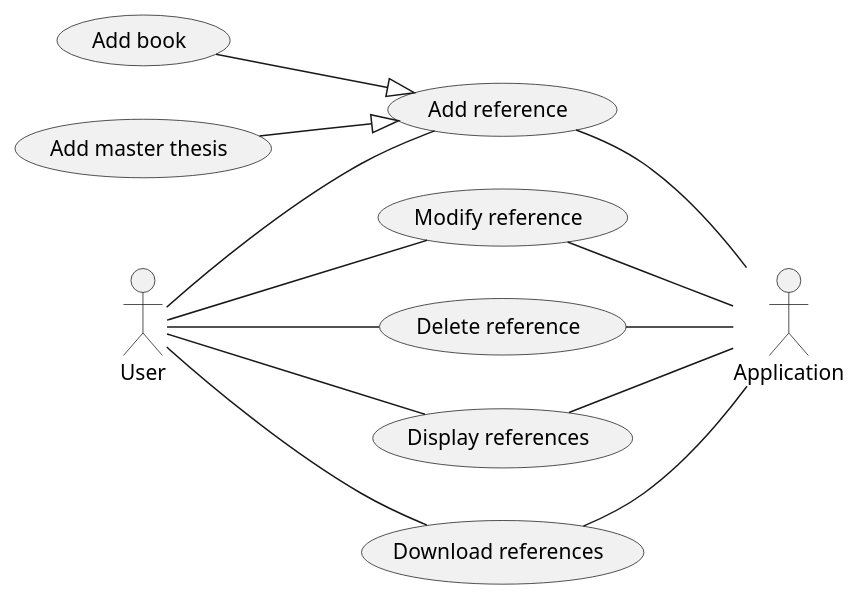
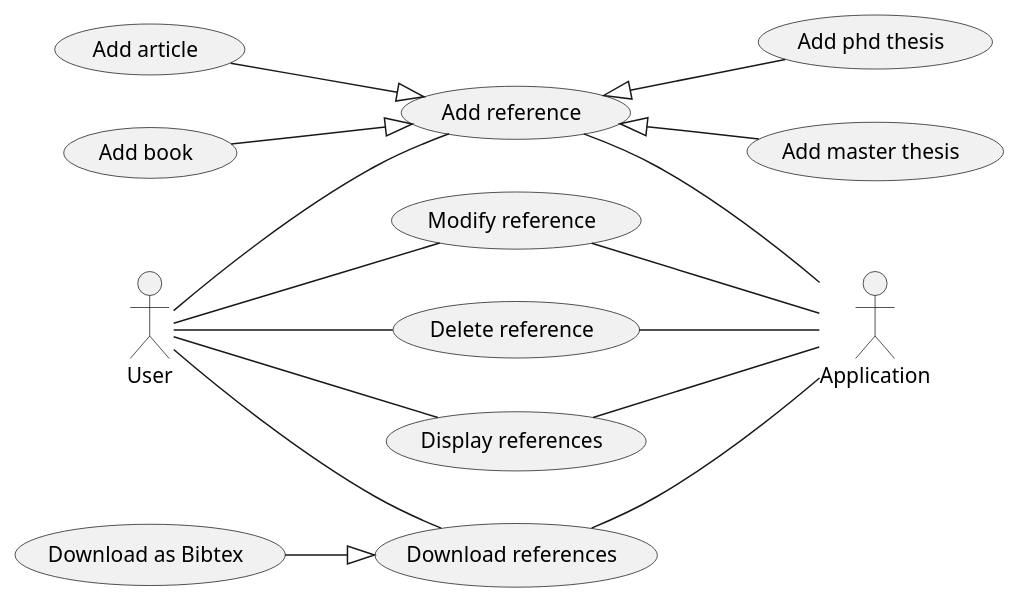
The diagram in doc/use_case.puml (thefakejj/miniprojekti), drawn with PlantUML before and after one commit. The commit also changed 1 other file, not shown here.

Commit message:
Updated UML diagrams

```diff
--- a/doc/use_case.puml
+++ b/doc/use_case.puml
@@ -1,31 +1,37 @@
 @startuml
 left to right direction
 
 actor "User" as user
 actor "Application" as app
  
 usecase "Add reference" as addRef
+usecase "Add article" as addArticle
 usecase "Add book" as addBook
-usecase "Add master thesis" as addMaster
+usecase "Add phd thesis" as addPhd
+usecase "Add master thesis" as addMaster 
 usecase "Modify reference" as modifyRef
 usecase "Delete reference" as deleteRef
 usecase "Display references" as displayRef
 usecase "Download references" as downloadRef
+usecase "Download as Bibtex" as downloadBibtex
 
 user -- addRef
+addArticle --|> addRef
 addBook --|> addRef
-addMaster --|> addRef
+addRef <|-- addPhd
+addRef <|-- addMaster
 addRef -- app
 
 user -- modifyRef
 modifyRef -- app
 
 user -- deleteRef
 deleteRef -- app
 
 user -- displayRef
 displayRef -- app
 
 user -- downloadRef
+downloadBibtex --|> downloadRef
 downloadRef -- app
 @enduml
```
